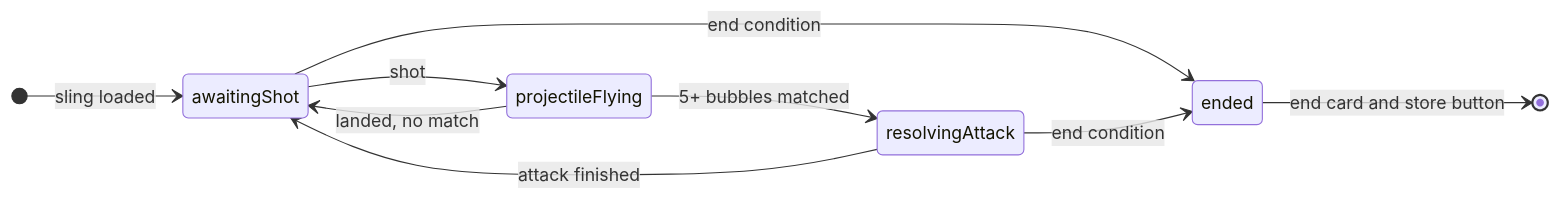
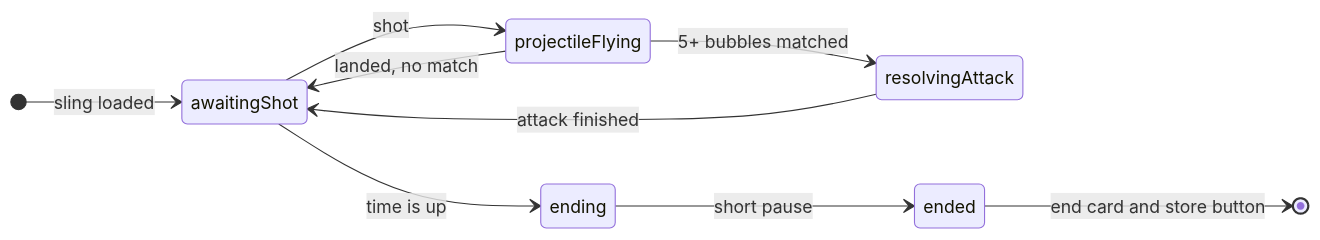
One commit to sburdenko/bub-playables-pixi changed the fourth of 8 diagrams in README.md. Above: the diagram before and after it, drawn with Mermaid. The commit also changed other lines of this file and 12 other files, not shown here.

````diff
--- a/README.md
+++ b/README.md
@@ -155,12 +156,12 @@
 ```mermaid
 stateDiagram-v2
     direction LR
     [*] --> awaitingShot: sling loaded
     awaitingShot --> projectileFlying: shot
     projectileFlying --> awaitingShot: landed, no match
     projectileFlying --> resolvingAttack: 5+ bubbles matched
     resolvingAttack --> awaitingShot: attack finished
-    awaitingShot --> ended: end condition
-    resolvingAttack --> ended: end condition
+    awaitingShot --> ending: time is up
+    ending --> ended: short pause
     ended --> [*]: end card and store button
 ```
````
